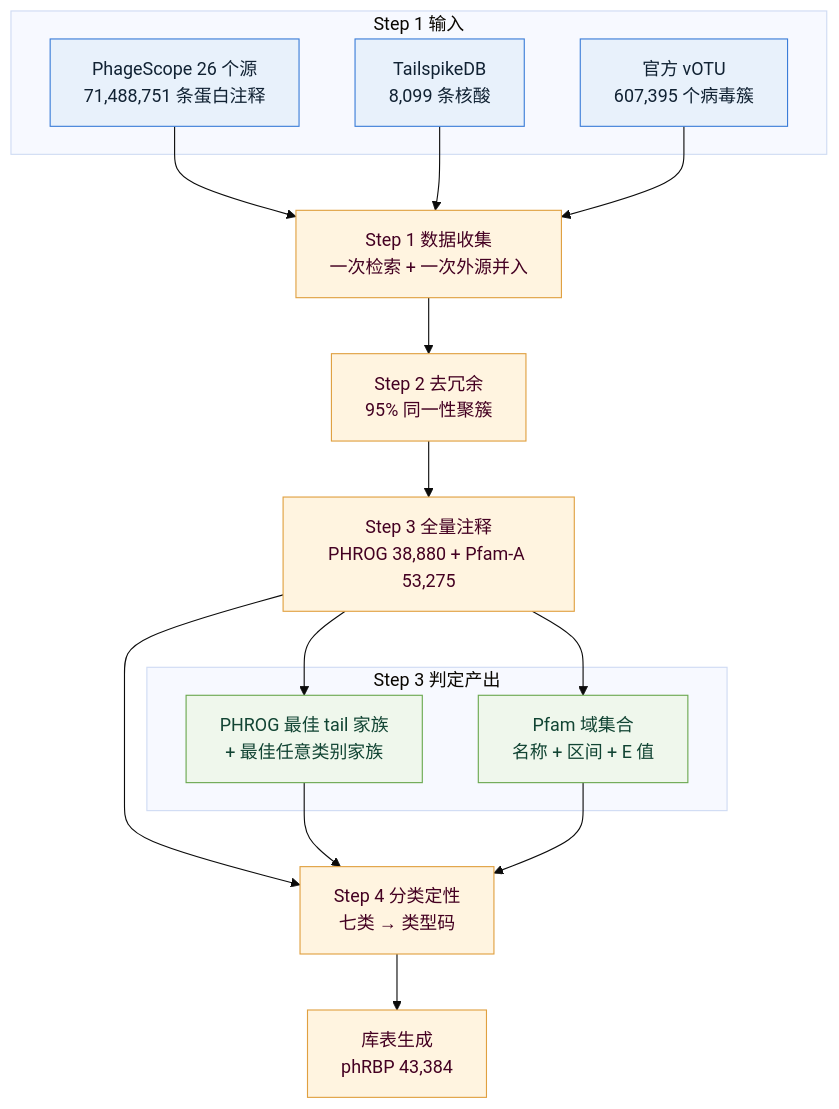
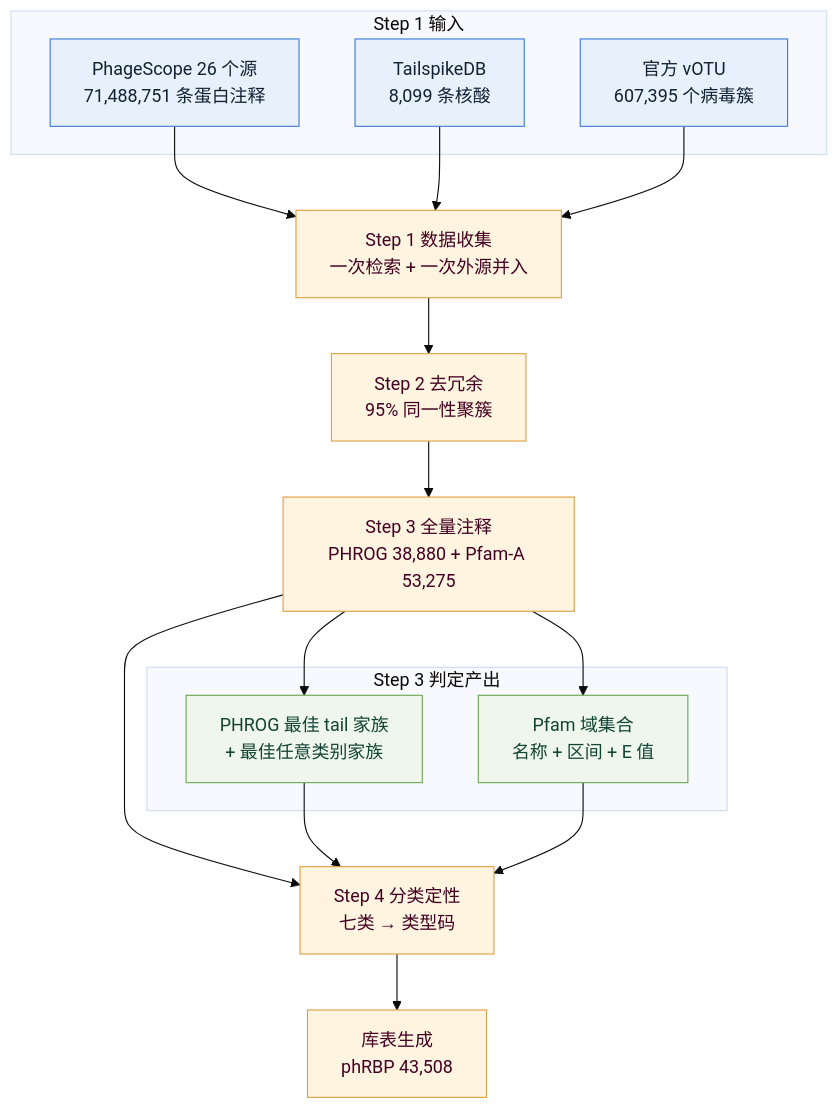
One commit to George-nsn/Ph_RBPdb changed the diagram in README.md. Above: the diagram before and after it, drawn with Mermaid (base theme). The commit also changed other lines of this file and 3 other files, not shown here.

````diff
--- a/README.md
+++ b/README.md
@@ -47,32 +50,32 @@
 ```mermaid
 flowchart TD
     A["Step 1 数据收集<br/>一次检索 + 一次外源并入"] --> B["Step 2 去冗余<br/>95% 同一性聚簇"]
     B --> C["Step 3 全量注释<br/>PHROG 38,880 + Pfam-A 53,275"]
     C --> D["Step 4 分类定性<br/>七类 → 类型码"]
-    D --> E["库表生成<br/>phRBP 43,384"]
+    D --> E["库表生成<br/>phRBP 43,508"]
 
     subgraph S1["Step 1 输入"]
         A1["PhageScope 26 个源<br/>71,488,751 条蛋白注释"]
         A2["TailspikeDB<br/>8,099 条核酸"]
         A3["官方 vOTU<br/>607,395 个病毒簇"]
     end
     A1 --> A
     A2 --> A
     A3 --> A
 
     subgraph S3["Step 3 判定产出"]
         C1["PHROG 最佳 tail 家族<br/>+ 最佳任意类别家族"]
         C2["Pfam 域集合<br/>名称 + 区间 + E 值"]
     end
     C --> C1
     C --> C2
     C1 --> D
     C2 --> D
 
     classDef io fill:#E8F1FB,stroke:#3B7DD8,color:#123
     classDef step fill:#FFF4E0,stroke:#E0A040,color:#402
     classDef aux fill:#EFF7EC,stroke:#6AA84F,color:#143
     class A1,A2,A3 io
     class A,B,C,D,E step
     class C1,C2 aux
 ```
````
